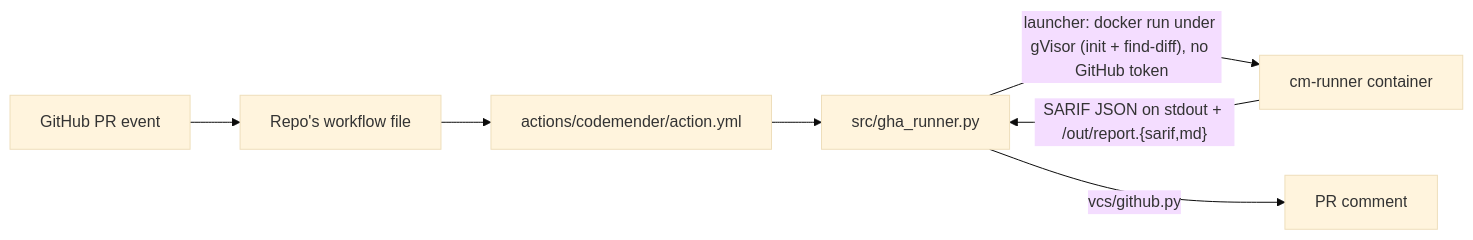
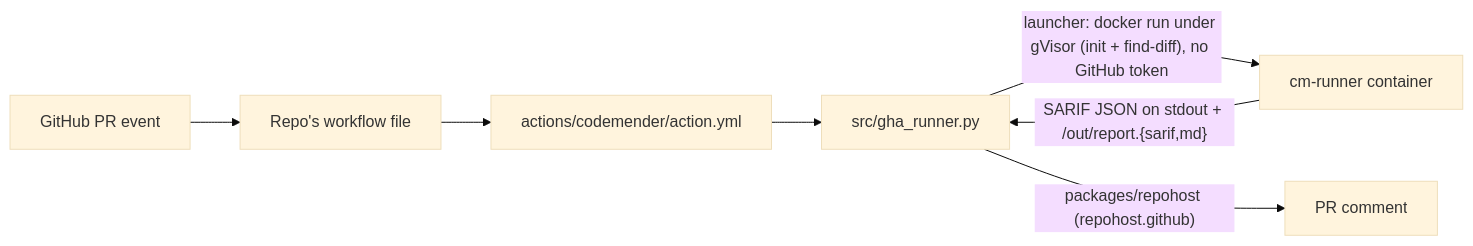
Before and after one commit to avnit/codemender-runner-mcp: the diagram in .github/README.md, drawn with Mermaid (base theme). The commit also changed other lines of this file and 27 other files, not shown here.

First line of the commit message:
feat(repohost): migrate repository host modules to packages/repohost (b/573603036) (#62)

````diff
--- a/.github/README.md
+++ b/.github/README.md
@@ -17,9 +17,9 @@
 ```mermaid
 flowchart LR
     gh["GitHub PR event"] --> wf["Repo's workflow file"]
     wf --> action["actions/codemender/action.yml"]
     action --> runner["src/gha_runner.py"]
     runner -->|"launcher: docker run under gVisor (init + find-diff), no GitHub token"| cm["cm-runner container"]
     cm -->|"SARIF JSON on stdout + /out/report.{sarif,md}"| runner
-    runner -->|"vcs/github.py"| pr["PR comment"]
+    runner -->|"packages/repohost (repohost.github)"| pr["PR comment"]
 ```
````
